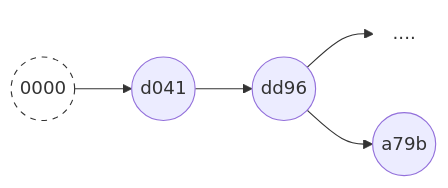
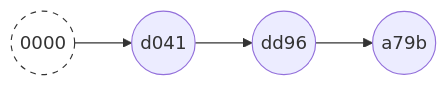
The seventh of 8 diagrams in slides.md (sugitlab/git_workshop_slidev), drawn with Mermaid before and after one commit. The commit also changed other lines of this file and 1 other file, not shown here.

````diff
--- a/slides.md
+++ b/slides.md
@@ -1135,12 +1176,10 @@
 ```mermaid
 graph LR
   c01((0000))
   c02((d041))
   c03((dd96))
-  c04{{....}}
   c05((a79b))
   style c01 fill:#fff,stroke:#333,stroke-width:1px,stroke-dasharray: 5 5
-  style c04 fill:#fff,stroke:#333,stroke-width:0px
-  c01 --> c02 --> c03 --> c04
+  c01 --> c02 --> c03
   c03 --> c05
 ```
````
